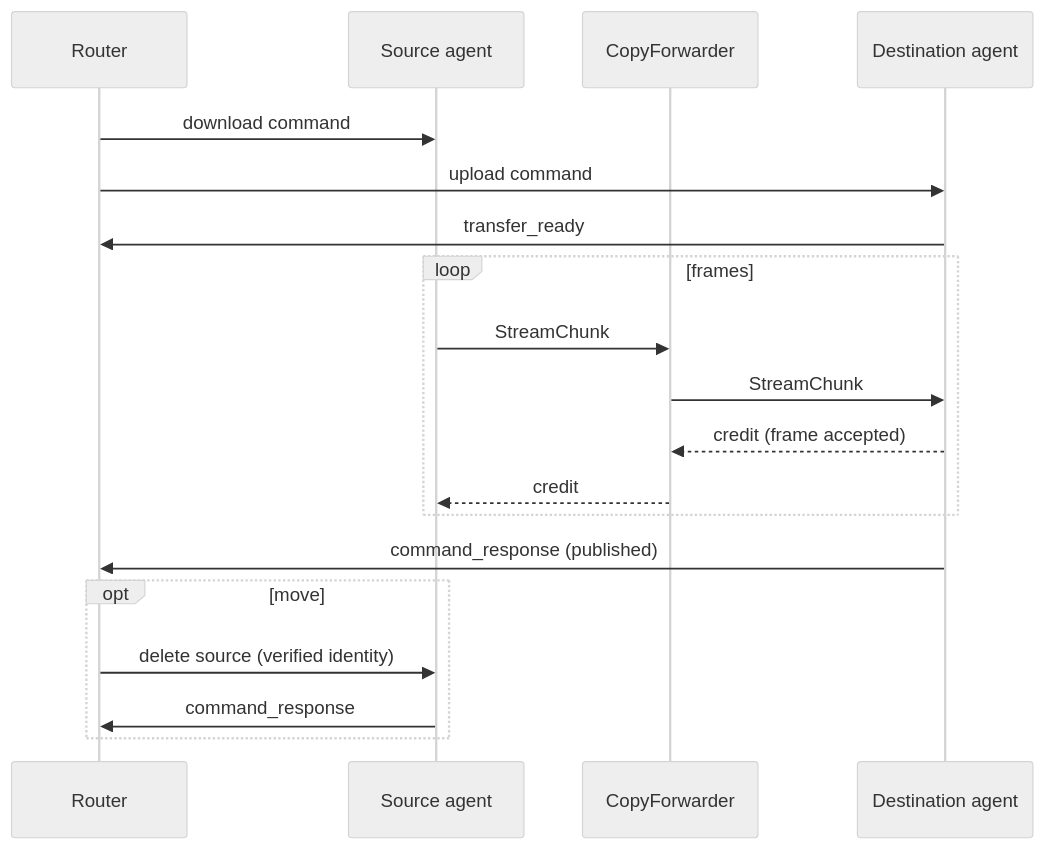
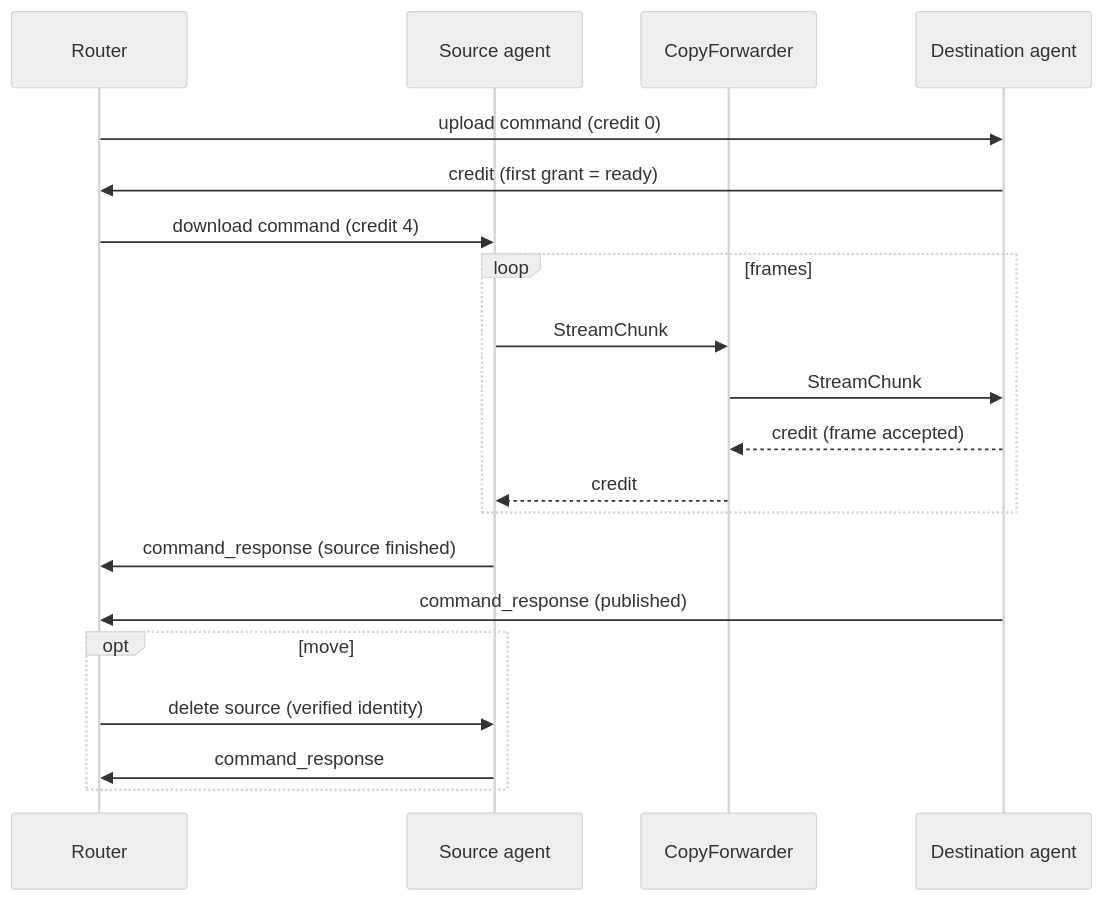
The ninth of 10 diagrams in ARCHITECTURE.md (FruitieX/redoor), drawn with Mermaid (neutral theme) before and after one commit. The commit also changed other lines of this file, not shown here.

````diff
--- a/ARCHITECTURE.md
+++ b/ARCHITECTURE.md
@@ -476,22 +523,23 @@
 ```mermaid
 sequenceDiagram
     participant R as Router
     participant S as Source agent
     participant F as CopyForwarder
     participant D as Destination agent
 
-    R->>S: download command
-    R->>D: upload command
-    D->>R: transfer_ready
+    R->>D: upload command (credit 0)
+    D->>R: credit (first grant = ready)
+    R->>S: download command (credit 4)
     loop frames
         S->>F: StreamChunk
         F->>D: StreamChunk
         D-->>F: credit (frame accepted)
         F-->>S: credit
     end
+    S->>R: command_response (source finished)
     D->>R: command_response (published)
     opt move
         R->>S: delete source (verified identity)
         S->>R: command_response
     end
 ```
````
